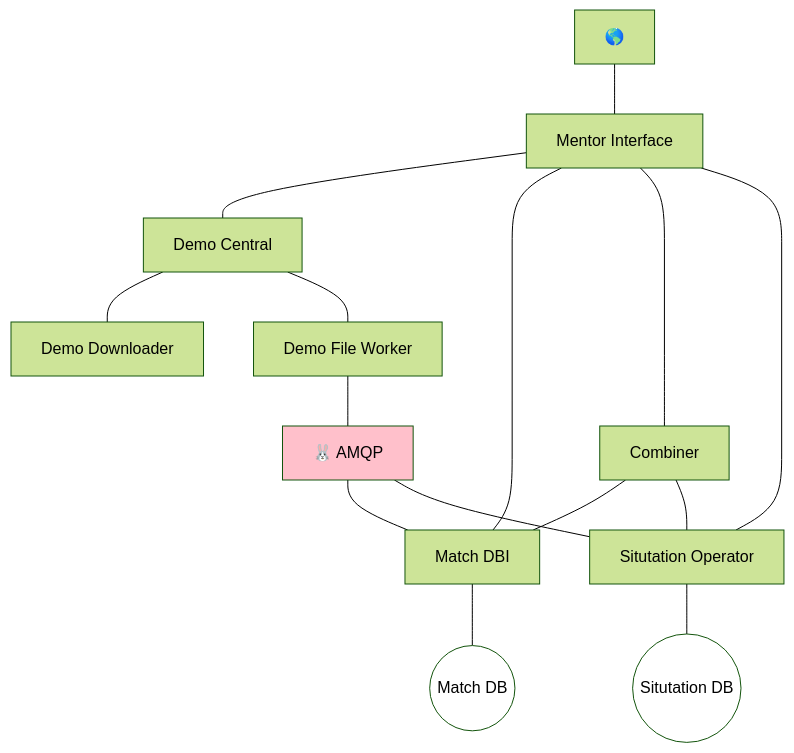
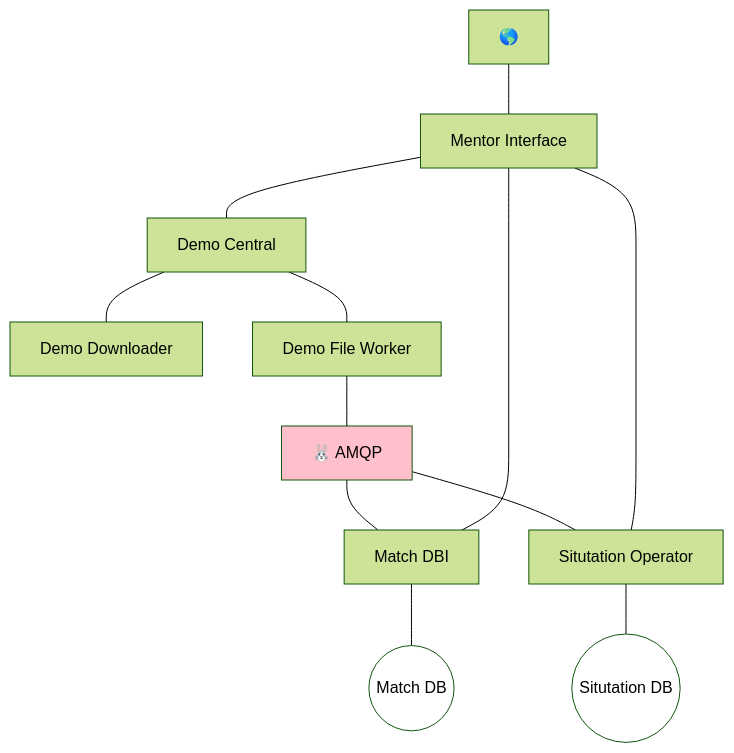
Before and after one commit to KieronKretschmar/MentorGG_ArchitectureDocumentation: the diagram in MentorEngine/README.md, drawn with Mermaid (forest theme). The commit also changed other lines of this file, not shown here.

Commit message:
Removed Combiner and voved its responsibility of aggregating data to Mentor Interface, to reduce complexity in the beginning

````diff
--- a/MentorEngine/README.md
+++ b/MentorEngine/README.md
@@ -26,24 +23,21 @@
 ```mermaid
 graph TD;
     I["🌎"] --- MI
     MI[Mentor Interface] --- DC[Demo Central];
     DC --- DD[Demo Downloader];
     DC --- DFW[Demo File Worker];
     DFW --- RMQ["🐰 AMQP"];
     RMQ --- MDBI;
     RMQ --- SO;
     
 
     MI --- MDBI[Match DBI];
-    MI --- C[Combiner];
     MI --- SO[Situtation Operator];
-    C --- MDBI;
-    C --- SO;
     SO --- SDB((Situtation DB))
     MDBI --- MDB((Match DB))
 
     classDef db fill:white;
     classDef queue fill:pink;
     class RMQ queue;
     class SDB,MDB db;
 ```
````
